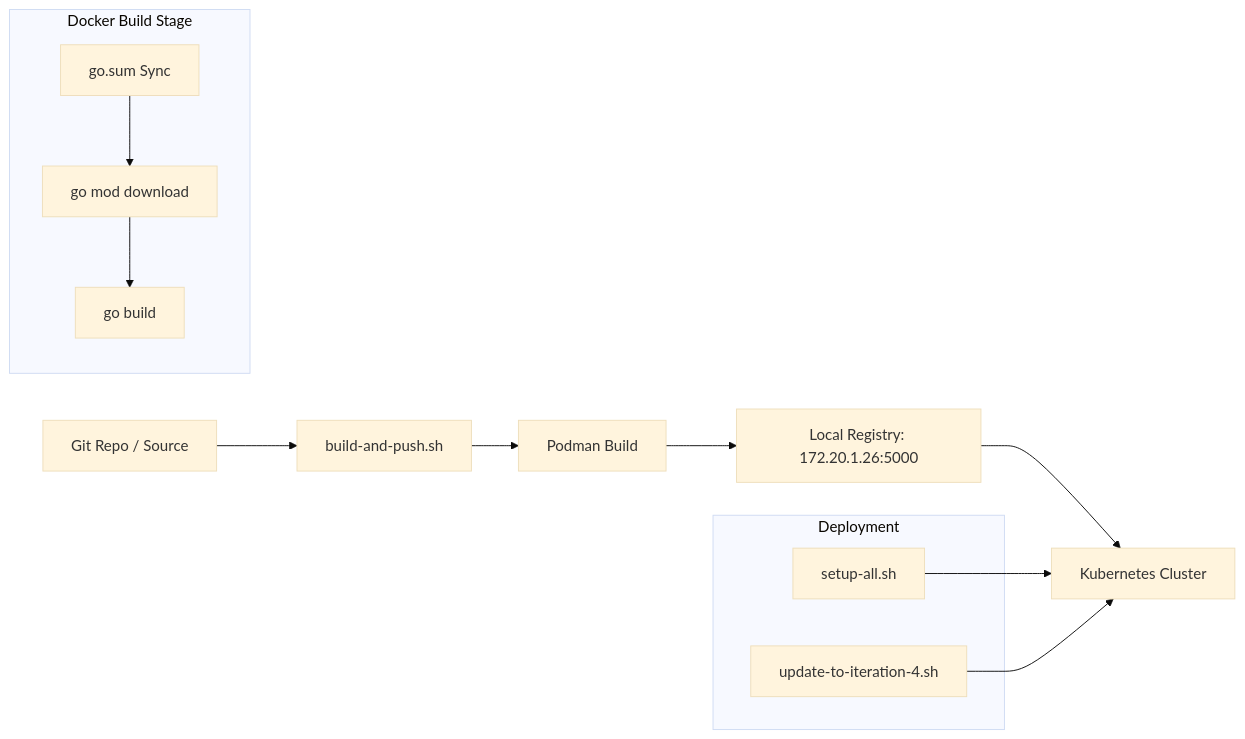
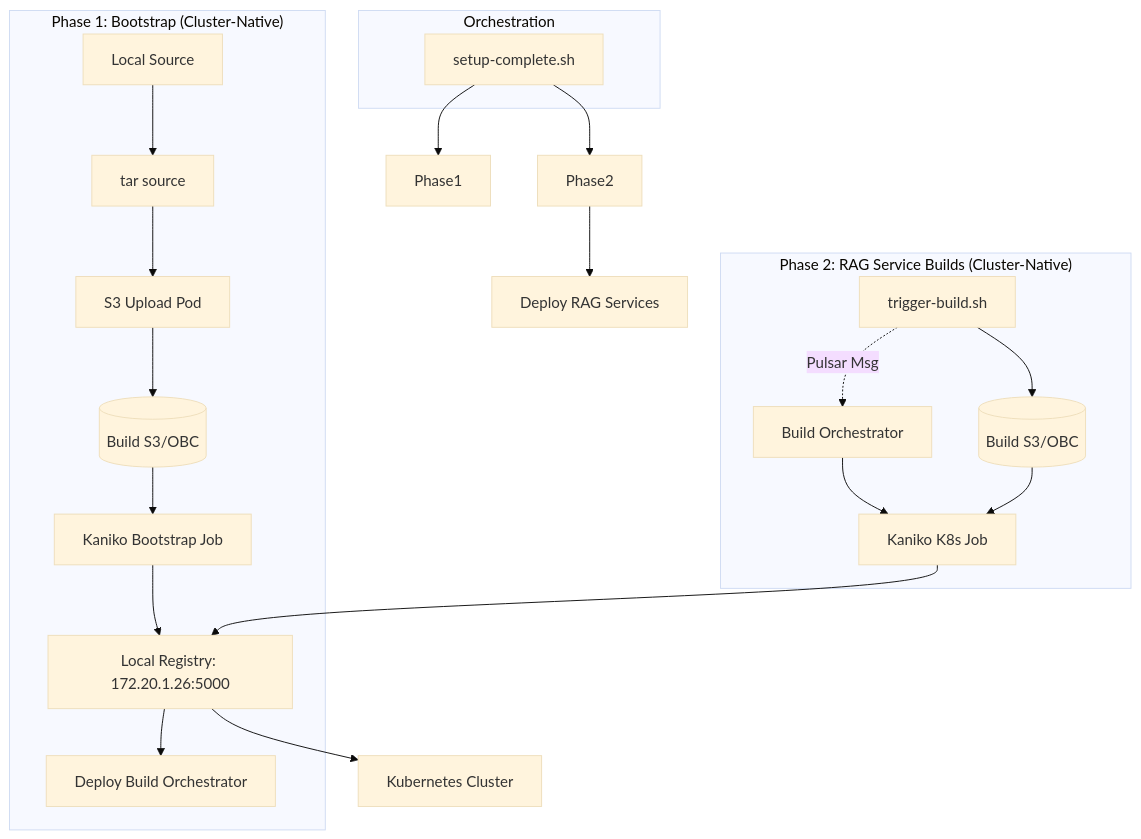
The diagram in RAG-Build-Flow.mmd (coppergate/RAG-CRD-BUILD), drawn with Mermaid (base theme) before and after one commit. The commit also changed 122 other files, not shown here.

```diff
--- a/RAG-Build-Flow.mmd
+++ b/RAG-Build-Flow.mmd
@@ -1,19 +1,27 @@
-flowchart LR
-    Repo[Git Repo / Source] --> BuildScript[build-and-push.sh]
-    BuildScript --> Podman[Podman Build]
-
-    subgraph "Docker Build Stage"
-        GoSum[go.sum Sync] --> GoMod[go mod download]
-        GoMod --> Build[go build]
+flowchart TD
+    subgraph "Phase 1: Bootstrap (Cluster-Native)"
+        Repo[Local Source] --> Pack[tar source]
+        Pack --> Upload[S3 Upload Pod]
+        Upload --> S3[(Build S3/OBC)]
+        S3 --> BootstrapJob[Kaniko Bootstrap Job]
+        BootstrapJob --> Registry[Local Registry: 172.20.1.26:5000]
+        Registry --> OrchDeploy[Deploy Build Orchestrator]
     end
 
-    Podman --> Registry[Local Registry: 172.20.1.26:5000]
-    Registry --> K8s[Kubernetes Cluster]
-
-    subgraph "Deployment"
-        Setup[setup-all.sh]
-        Update[update-to-iteration-4.sh]
+    subgraph "Phase 2: RAG Service Builds (Cluster-Native)"
+        Trigger[trigger-build.sh] --> S3_2[(Build S3/OBC)]
+        Trigger -.->|Pulsar Msg| Orch[Build Orchestrator]
+        Orch --> Kaniko[Kaniko K8s Job]
+        S3_2 --> Kaniko
+        Kaniko --> Registry
     end
 
-    Setup --> K8s
-    Update --> K8s
+    Registry --> K8s[Kubernetes Cluster]
+    
+    subgraph "Orchestration"
+        Setup[setup-complete.sh]
+    end
+    
+    Setup --> Phase1
+    Setup --> Phase2
+    Phase2 --> Deploy[Deploy RAG Services]
```
